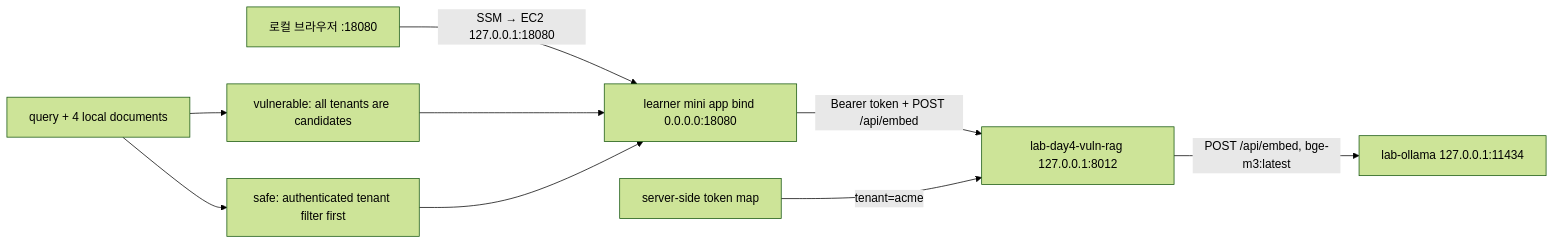
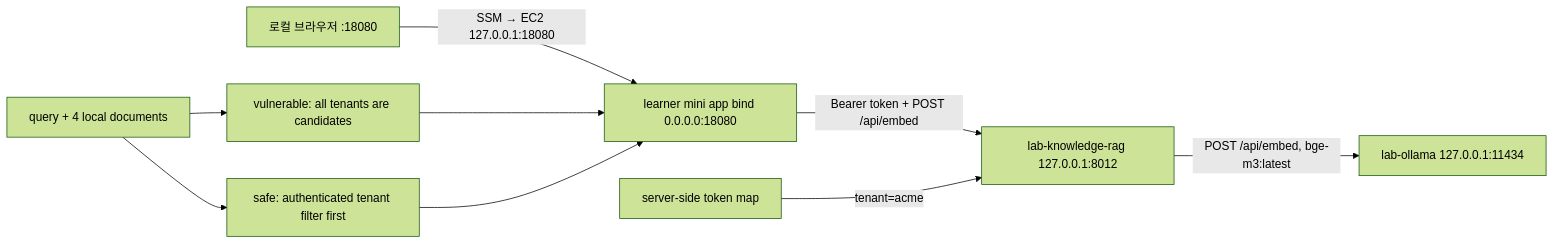
The third of 3 diagrams in projects/owasp-top10/docs/ARCHITECTURE.md (gasbugs/ai-security-automation-governance), drawn with Mermaid (forest theme) before and after one commit. The commit also changed other lines of this file and 11 other files, not shown here.

````diff
--- a/projects/owasp-top10/docs/ARCHITECTURE.md
+++ b/projects/owasp-top10/docs/ARCHITECTURE.md
@@ -122,11 +138,11 @@
 ```mermaid
 flowchart LR
   B["로컬 브라우저 :18080"] -->|"SSM → EC2 127.0.0.1:18080"| M["learner mini app bind 0.0.0.0:18080"]
-  M -->|"Bearer token + POST /api/embed"| D["lab-day4-vuln-rag 127.0.0.1:8012"]
+  M -->|"Bearer token + POST /api/embed"| D["lab-knowledge-rag 127.0.0.1:8012"]
   D -->|"POST /api/embed, bge-m3:latest"| O["lab-ollama 127.0.0.1:11434"]
   Q["query + 4 local documents"] --> V["vulnerable: all tenants are candidates"]
   Q --> S["safe: authenticated tenant filter first"]
   V --> M
   S --> M
   A["server-side token map"] -->|"tenant=acme"| D
 ```
````
